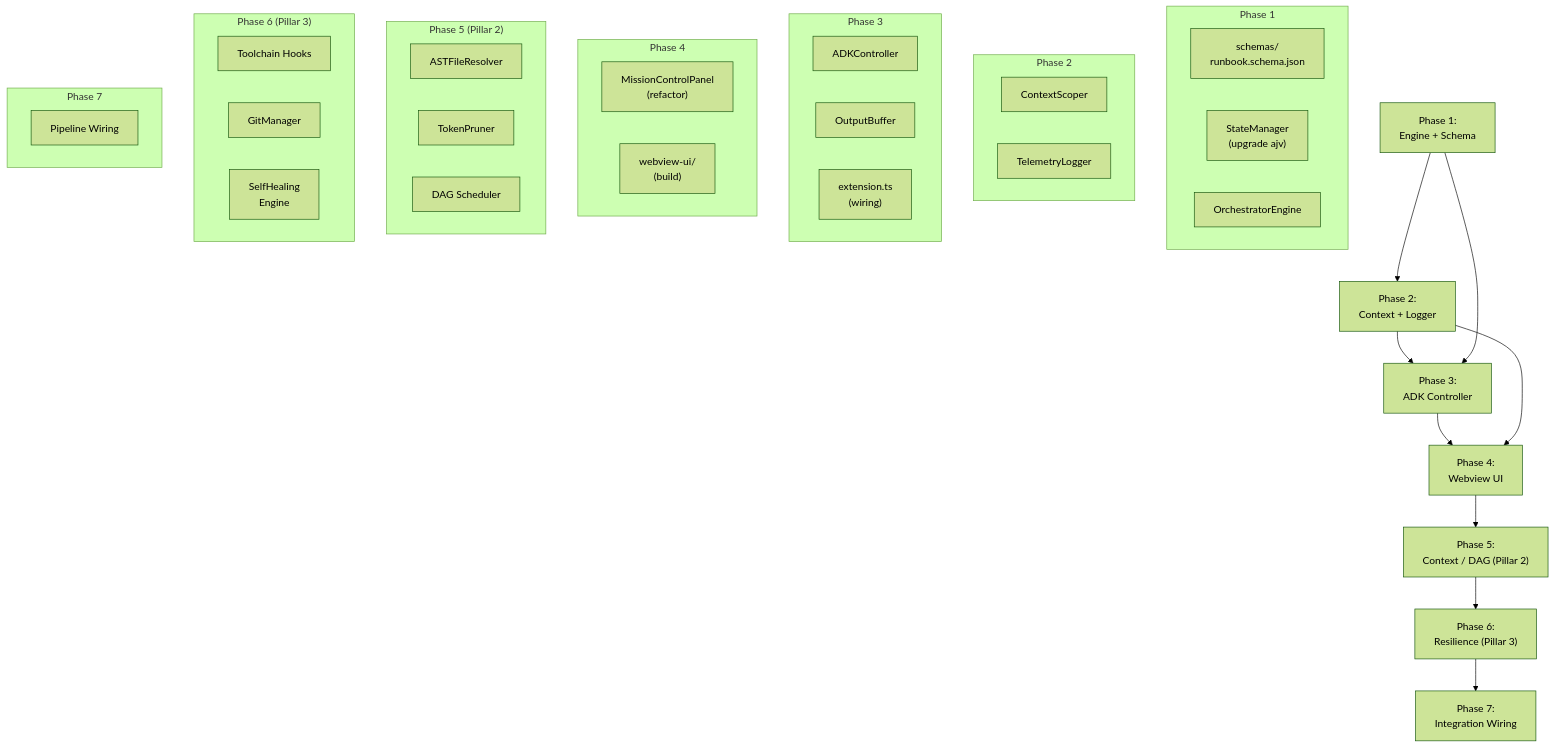
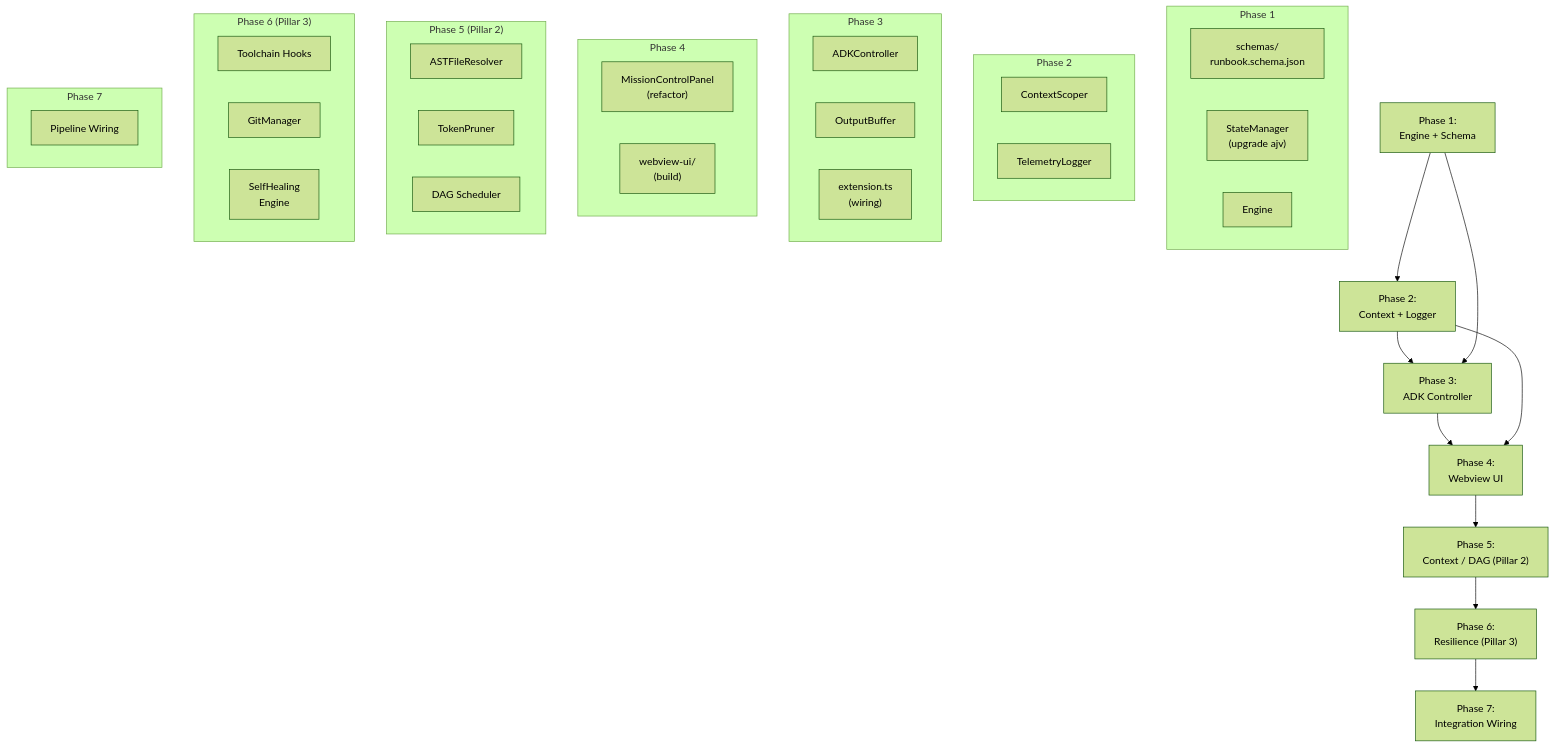
The diagram in docs/IMPLEMENTATION_PLAN.md (lehoa1806/coogent), drawn with Mermaid (forest theme) before and after one commit. The commit also changed other lines of this file and 48 other files, not shown here.

````diff
--- a/docs/IMPLEMENTATION_PLAN.md
+++ b/docs/IMPLEMENTATION_PLAN.md
@@ -299,49 +299,49 @@
 ```mermaid
 graph TD
     P1["Phase 1:<br/>Engine + Schema"] --> P2["Phase 2:<br/>Context + Logger"]
     P2 --> P3["Phase 3:<br/>ADK Controller"]
     P1 --> P3
     P3 --> P4["Phase 4:<br/>Webview UI"]
     P2 --> P4
     P4 --> P5["Phase 5:<br/>Context / DAG (Pillar 2)"]
     P5 --> P6["Phase 6:<br/>Resilience (Pillar 3)"]
     P6 --> P7["Phase 7:<br/>Integration Wiring"]
 
     subgraph "Phase 1"
         S["schemas/<br/>runbook.schema.json"]
         SM["StateManager<br/>(upgrade ajv)"]
-        OE["OrchestratorEngine"]
+        OE["Engine"]
     end
 
     subgraph "Phase 2"
         CS["ContextScoper"]
         TL["TelemetryLogger"]
     end
 
     subgraph "Phase 3"
         ADK["ADKController"]
         OB["OutputBuffer"]
         EXT["extension.ts<br/>(wiring)"]
     end
 
     subgraph "Phase 4"
         MCP["MissionControlPanel<br/>(refactor)"]
         WUI["webview-ui/<br/>(build)"]
     end
 
     subgraph "Phase 5 (Pillar 2)"
         AST["ASTFileResolver"]
         PRUNE["TokenPruner"]
         DAG["DAG Scheduler"]
     end
 
     subgraph "Phase 6 (Pillar 3)"
         EVAL["Toolchain Hooks"]
         GIT["GitManager"]
         HEAL["SelfHealing<br/>Engine"]
     end
 
     subgraph "Phase 7"
         INTEGRATION["Pipeline Wiring"]
     end
 ```
````
